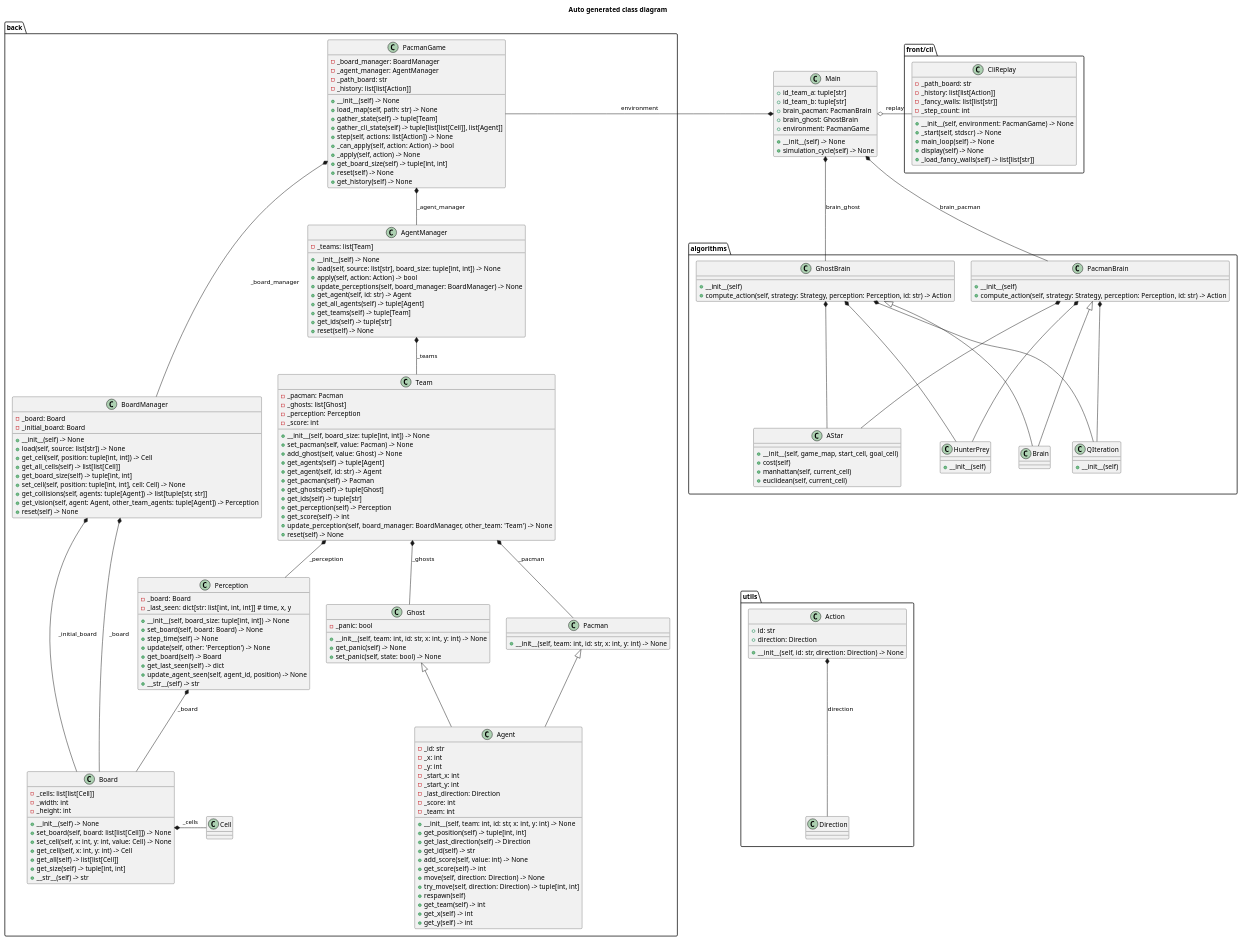
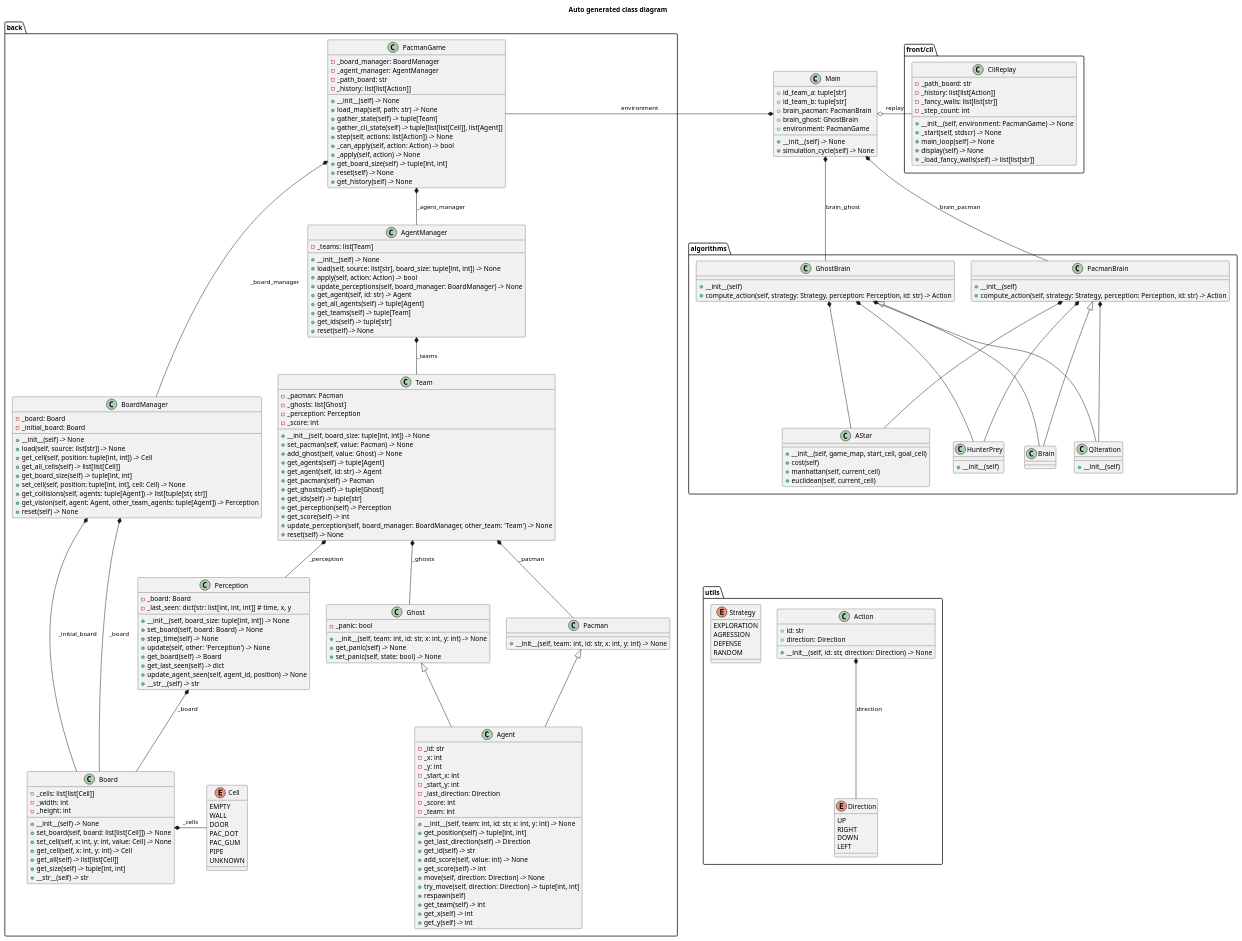
One commit to kalharko/pAIcman changed the diagram in Documentation/class_full_edited.puml. Above: the diagram before and after it, drawn with PlantUML.

Commit message:
:memo: add enums to class diagram

```diff
--- a/Documentation/class_full_edited.puml
+++ b/Documentation/class_full_edited.puml
@@ -8,6 +8,20 @@
 + __init__(self, id: str, direction: Direction) -> None
 }
 Action *-- Direction : direction
+
+enum Direction {
+    UP
+    RIGHT
+    DOWN
+    LEFT
+}
+
+enum Strategy {
+    EXPLORATION
+    AGRESSION
+    DEFENSE
+    RANDOM
+}
 
 }
 package back {
@@ -61,6 +75,16 @@
 + __str__(self) -> str
 }
 Board *-r- Cell : _cells
+
+enum Cell {
+    EMPTY
+    WALL
+    DOOR
+    PAC_DOT
+    PAC_GUM
+    PIPE
+    UNKNOWN
+}
 
 class BoardManager{
 -_board: Board
```
